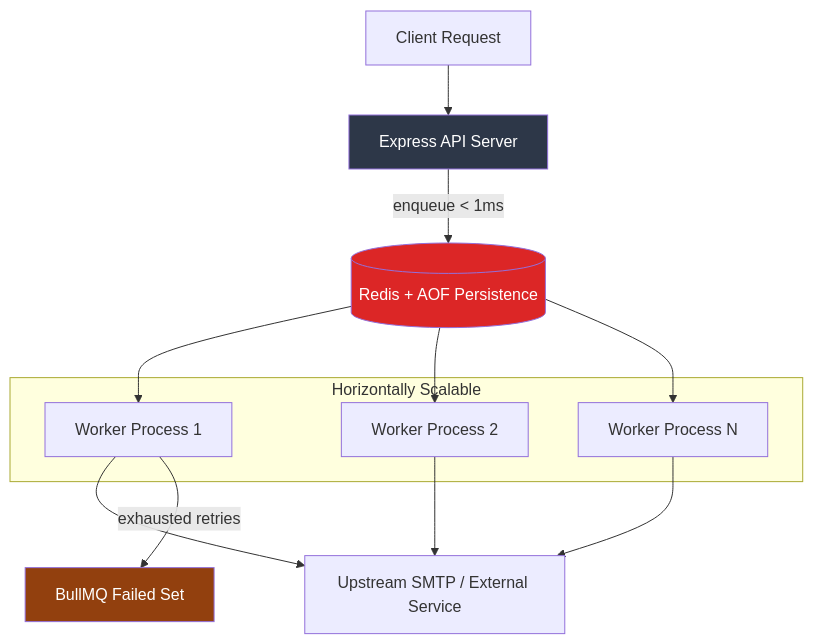
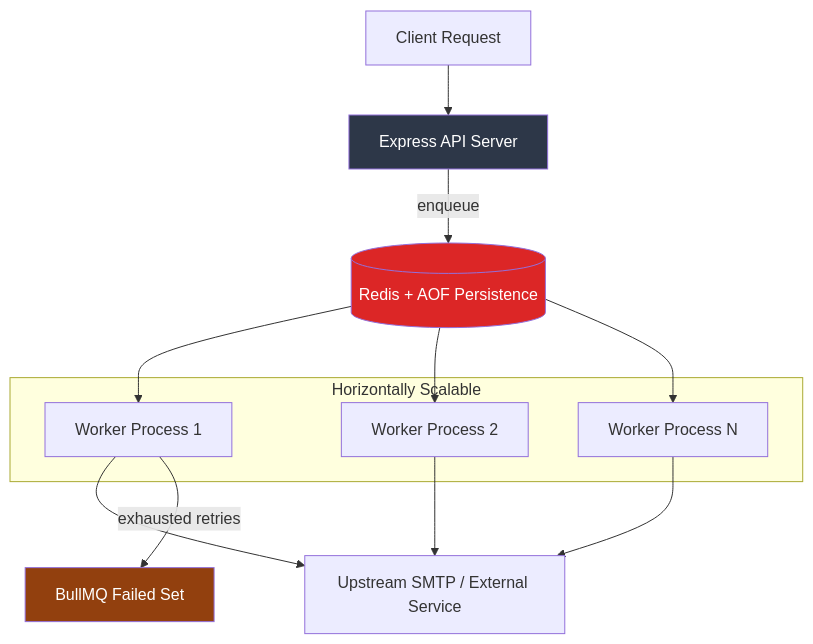
One commit to sudhanshu1402/system-design-portal changed the diagram in src/pages/queue-engine.mdx. Above: the diagram before and after it, drawn with Mermaid. The commit also changed other lines of this file, not shown here.

Commit message:
Drop the unmeasured enqueue latency from the queue-engine write-up (#8)
The page said the API "answers in under a millisecond" and labelled the
enqueue edge "< 1ms". Nothing in distributed-queue-engine measures
enqueue latency, so neither figure has a source. The text now says the
API answers once the Redis write returns, and the edge reads "enqueue".

assets/screens/queue-engine.png still shows the old label. It is taken
from the live site, so it needs scripts/make-screens.sh after deploy.

````diff
--- a/src/pages/queue-engine.mdx
+++ b/src/pages/queue-engine.mdx
@@ -19,22 +19,22 @@
 ```mermaid
 graph TB
     Client[Client Request] --> API[Express API Server]
-    API -->|"enqueue < 1ms"| Redis[(Redis + AOF Persistence)]
+    API -->|enqueue| Redis[(Redis + AOF Persistence)]
     Redis --> W1[Worker Process 1]
     Redis --> W2[Worker Process 2]
     Redis --> WN[Worker Process N]
     W1 --> SMTP[Upstream SMTP / External Service]
     W2 --> SMTP
     WN --> SMTP
     W1 -->|exhausted retries| DLQ[BullMQ Failed Set]
 
     subgraph "Horizontally Scalable"
         W1
         W2
         WN
     end
 
     style API fill:#2d3748,color:#fff
     style Redis fill:#dc2626,color:#fff
     style DLQ fill:#92400e,color:#fff
 ```
````
